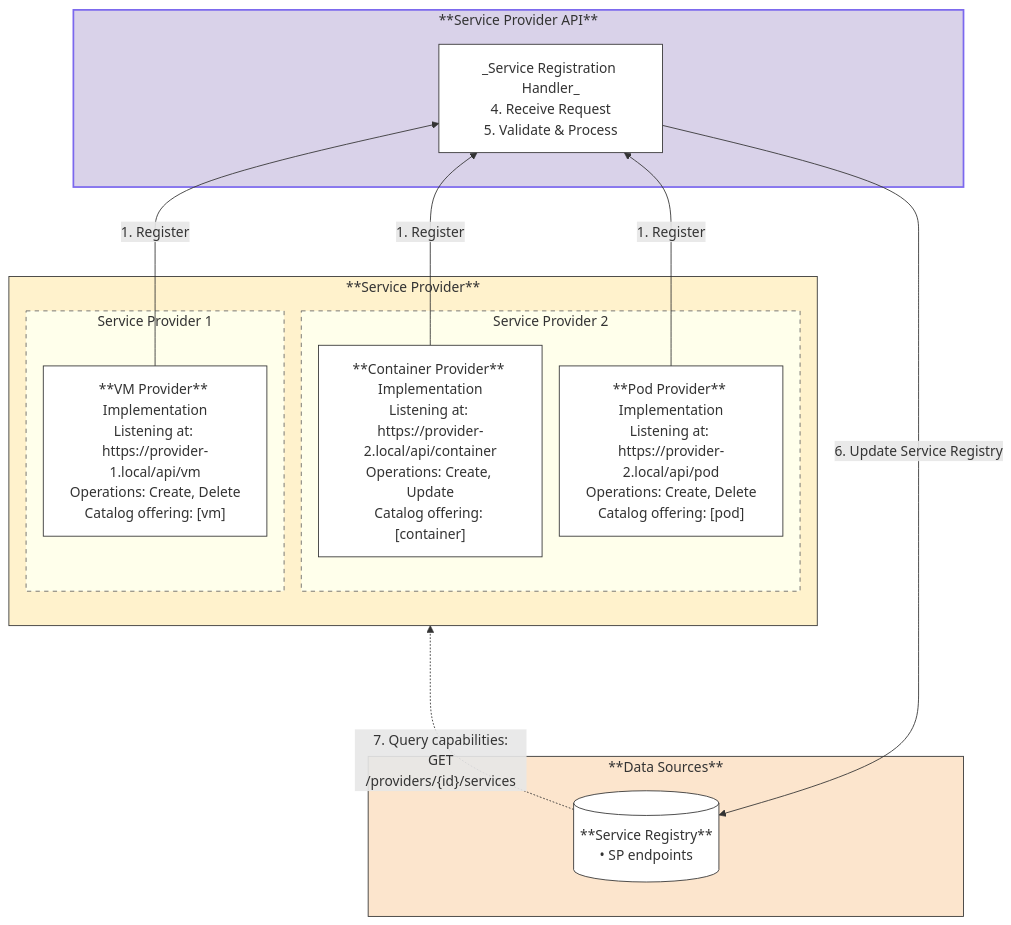
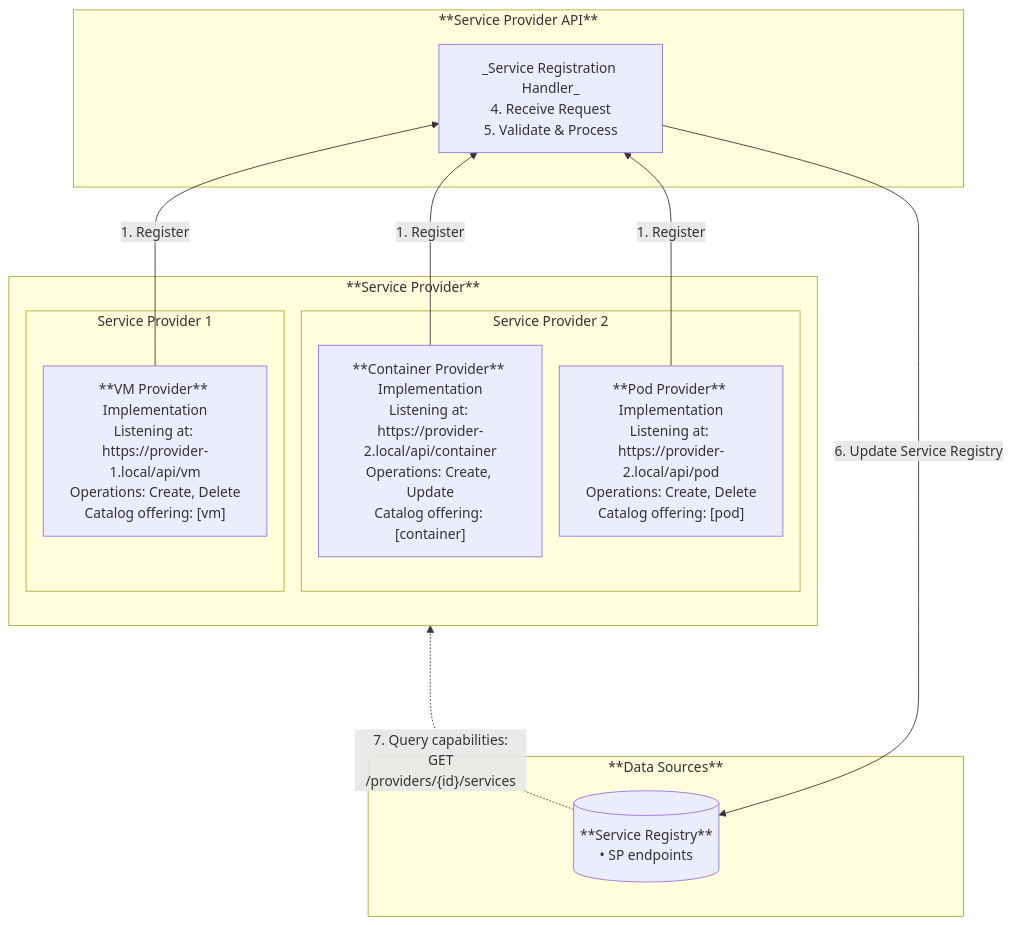
The third of 3 diagrams in enhancements/sp-registration-flow/sp-registration-flow.md (dcm-project/enhancements), drawn with Mermaid before and after one commit. The commit also changed other lines of this file, not shown here.

First line of the commit message:
Remove custom Mermaid styles for website compatibility

````diff
--- a/enhancements/sp-registration-flow/sp-registration-flow.md
+++ b/enhancements/sp-registration-flow/sp-registration-flow.md
@@ -412,36 +395,26 @@
 ```mermaid
 %%{init: {'flowchart': {'rankSpacing': 80, 'nodeSpacing': 20}}}%%
 flowchart BT
-    classDef dataSource fill:#fce5cd,stroke:#333,stroke-width:1px
-    classDef apiLayer fill:#d9d2e9,stroke:#7b68ee,stroke-width:2px
-    classDef spContainer fill:#fff2cc,stroke:#333,stroke-width:1px
-    classDef innerBox fill:#ffffff,stroke:#333,stroke-width:1px
-    classDef lightContainer fill:#ffffeb,stroke:#666,stroke-width:1px,stroke-dasharray: 5 5
-
     subgraph Data_Sources ["**Data Sources**"]
-        DB[("**Service Registry**<br/>• SP endpoints")]:::innerBox
+        DB[("**Service Registry**<br/>• SP endpoints")]
     end
 
     subgraph API_Block ["**Service Provider API**"]
-        Handler["_Service Registration Handler_<br/>4. Receive Request<br/>5. Validate & Process"]:::innerBox
+        Handler["_Service Registration Handler_<br/>4. Receive Request<br/>5. Validate & Process"]
     end
 
     subgraph Service_Provider ["**Service Provider**"]
         subgraph SP1 ["Service Provider 1"]
-            VM_Prov["**VM Provider** Implementation<br/>Listening at: https://provider-1.local/api/vm<br/>Operations: Create, Delete<br/>Catalog offering: [vm]"]:::innerBox
+            VM_Prov["**VM Provider** Implementation<br/>Listening at: https://provider-1.local/api/vm<br/>Operations: Create, Delete<br/>Catalog offering: [vm]"]
         end
 
         subgraph SP2 ["Service Provider 2"]
-            Container_Prov["**Container Provider** Implementation<br/>Listening at: https://provider-2.local/api/container<br/>Operations: Create, Update<br/>Catalog offering: [container]"]:::innerBox
-            Pod_Prov["**Pod Provider** Implementation<br/>Listening at: https://provider-2.local/api/pod<br/>Operations: Create, Delete<br/>Catalog offering: [pod]"]:::innerBox
+            Container_Prov["**Container Provider** Implementation<br/>Listening at: https://provider-2.local/api/container<br/>Operations: Create, Update<br/>Catalog offering: [container]"]
+            Pod_Prov["**Pod Provider** Implementation<br/>Listening at: https://provider-2.local/api/pod<br/>Operations: Create, Delete<br/>Catalog offering: [pod]"]
         end
     end
 
     VM_Prov & Container_Prov & Pod_Prov -- "1. Register" --> Handler
     Handler -- "6. Update Service Registry" --> DB
     DB -. "7. Query capabilities:<br/> GET /providers/{id}/services" .-> Service_Provider
-    class Data_Sources dataSource
-    class API_Block apiLayer
-    class Service_Provider spContainer
-    class SP1,SP2 lightContainer
 ```
````
